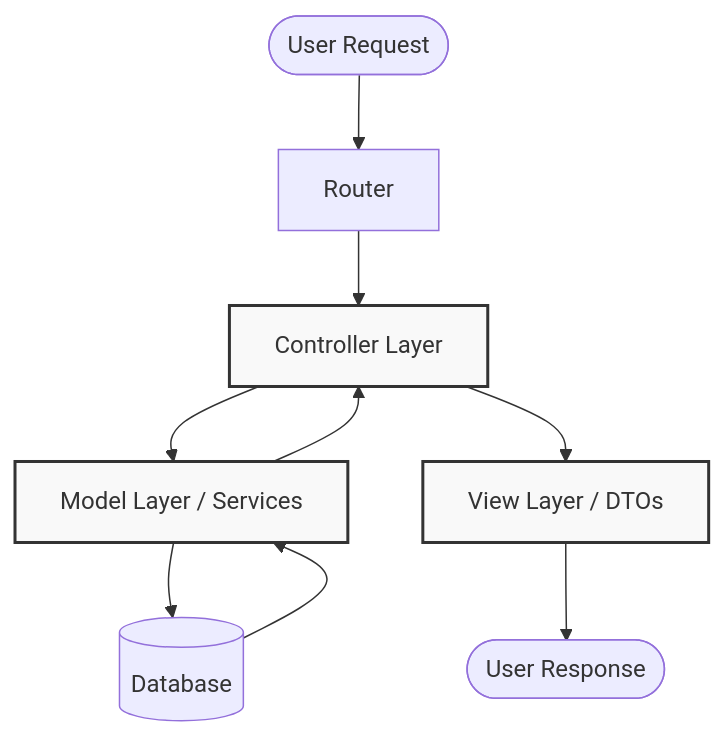
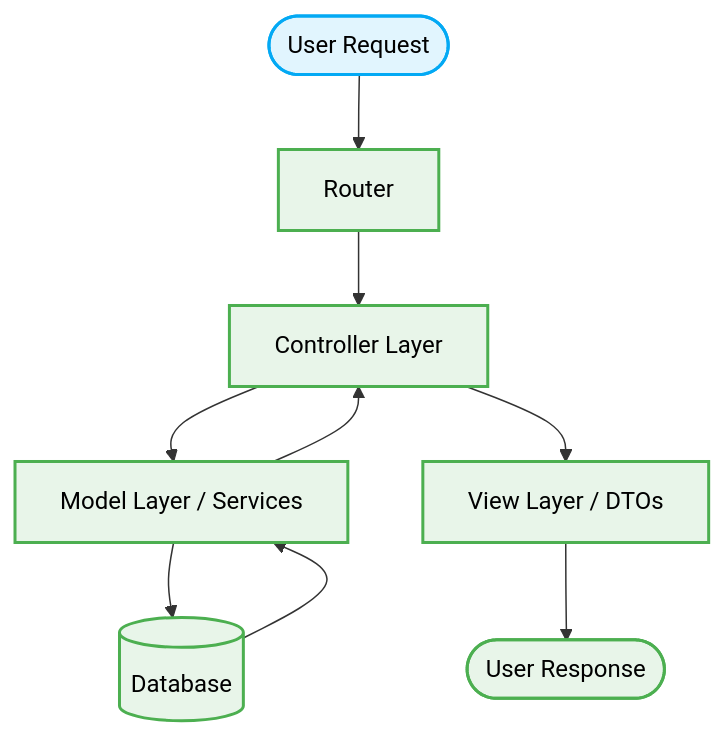
Before and after one commit to beginwebdev2002/best-practise: the diagram in architectures/model-view-controller/readme.md, drawn with Mermaid. The commit also changed 20 other files, not shown here.

First line of the commit message:
docs: update mermaid diagrams with UI/UX design tokens styling

````diff
--- a/architectures/model-view-controller/readme.md
+++ b/architectures/model-view-controller/readme.md
@@ -30,16 +30,28 @@
 ```mermaid
 graph TD
     User([User Request]) --> Router[Router]
     Router --> Controller[Controller Layer]
     
     Controller --> Model[Model Layer / Services]
     Model --> DB[(Database)]
     DB --> Model
     Model --> Controller
     
     Controller --> View[View Layer / DTOs]
     View --> Response([User Response])
     
     classDef infra fill:#f9f9f9,stroke:#333,stroke-width:2px;
     class Controller,Model,View infra;
+    %% Added Design Token Styles for Mermaid Diagrams
+    classDef default fill:#e1f5fe,stroke:#03a9f4,stroke-width:2px,color:#000;
+    classDef component fill:#e8f5e9,stroke:#4caf50,stroke-width:2px,color:#000;
+    classDef layout fill:#f3e5f5,stroke:#9c27b0,stroke-width:2px,color:#000;
+
+    class DB component;
+    class Controller component;
+    class View component;
+    class Response component;
+    class Model component;
+    class Router component;
+
 ```
````
